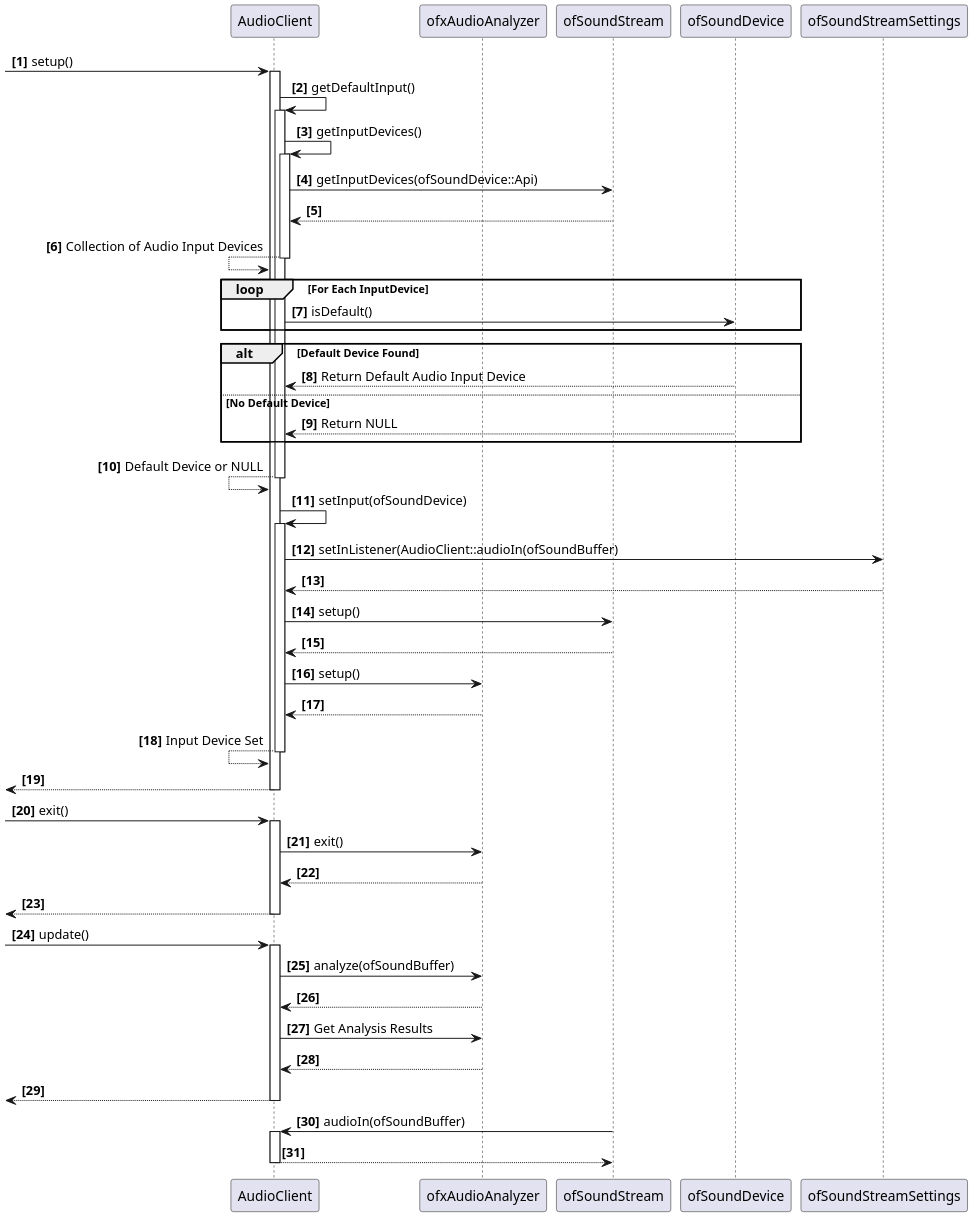
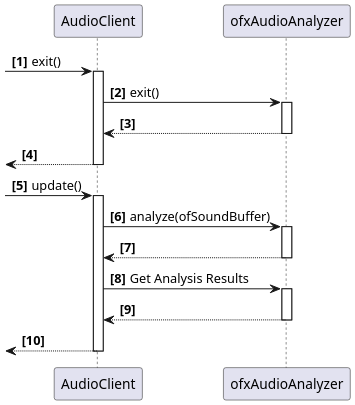
Before and after one commit to simonas-dev/light-square: the diagram in docs/sequence_audio.wsd, drawn with PlantUML. The commit also changed 100 other files, not shown here.

```diff
--- a/docs/sequence_audio.wsd
+++ b/docs/sequence_audio.wsd
@@ -1,75 +1,32 @@
 @startuml
 scale 2
 autonumber "<b>[0]"
 
 participant AudioClient
 participant ofxAudioAnalyzer
-participant ofSoundStream
-participant ofSoundDevice
-participant ofSoundStreamSettings
-
-[-> AudioClient: setup()
-activate AudioClient
-AudioClient -> AudioClient : getDefaultInput()
-activate AudioClient
-AudioClient -> AudioClient : getInputDevices()
-activate AudioClient
-AudioClient -> ofSoundStream : getInputDevices(ofSoundDevice::Api)
-AudioClient <-- ofSoundStream
-AudioClient <-- AudioClient : Collection of Audio Input Devices
-deactivate AudioClient
-
-loop For Each InputDevice
-    AudioClient -> ofSoundDevice : isDefault()
-end
-alt Default Device Found
-    AudioClient <-- ofSoundDevice : Return Default Audio Input Device
-
-else No Default Device
-    AudioClient <-- ofSoundDevice : Return NULL
-end
-AudioClient <-- AudioClient : Default Device or NULL
-deactivate AudioClient
-
-
-AudioClient -> AudioClient : setInput(ofSoundDevice)
-activate AudioClient
-AudioClient -> ofSoundStreamSettings : setInListener(AudioClient::audioIn(ofSoundBuffer)
-AudioClient <-- ofSoundStreamSettings
-AudioClient -> ofSoundStream : setup() 
-AudioClient <-- ofSoundStream
-AudioClient -> ofxAudioAnalyzer : setup() 
-AudioClient <-- ofxAudioAnalyzer
-AudioClient <-- AudioClient : Input Device Set
-
-deactivate AudioClient
-[<-- AudioClient
-deactivate AudioClient
-
 
 
 [-> AudioClient: exit()
 activate AudioClient
 AudioClient -> ofxAudioAnalyzer : exit()
+activate ofxAudioAnalyzer
 AudioClient <-- ofxAudioAnalyzer
+deactivate ofxAudioAnalyzer
 [<-- AudioClient
 deactivate AudioClient
-
 
 
 [-> AudioClient: update()
 activate AudioClient
 AudioClient -> ofxAudioAnalyzer : analyze(ofSoundBuffer)
+activate ofxAudioAnalyzer
 AudioClient <-- ofxAudioAnalyzer
+deactivate ofxAudioAnalyzer
 AudioClient -> ofxAudioAnalyzer : Get Analysis Results
+activate ofxAudioAnalyzer
 AudioClient <-- ofxAudioAnalyzer
+deactivate ofxAudioAnalyzer
 [<-- AudioClient 
 deactivate AudioClient
 
-ofSoundStream -> AudioClient: audioIn(ofSoundBuffer)
-activate AudioClient
-ofSoundStream <-- AudioClient 
-deactivate AudioClient
-
-
 @enduml
```
